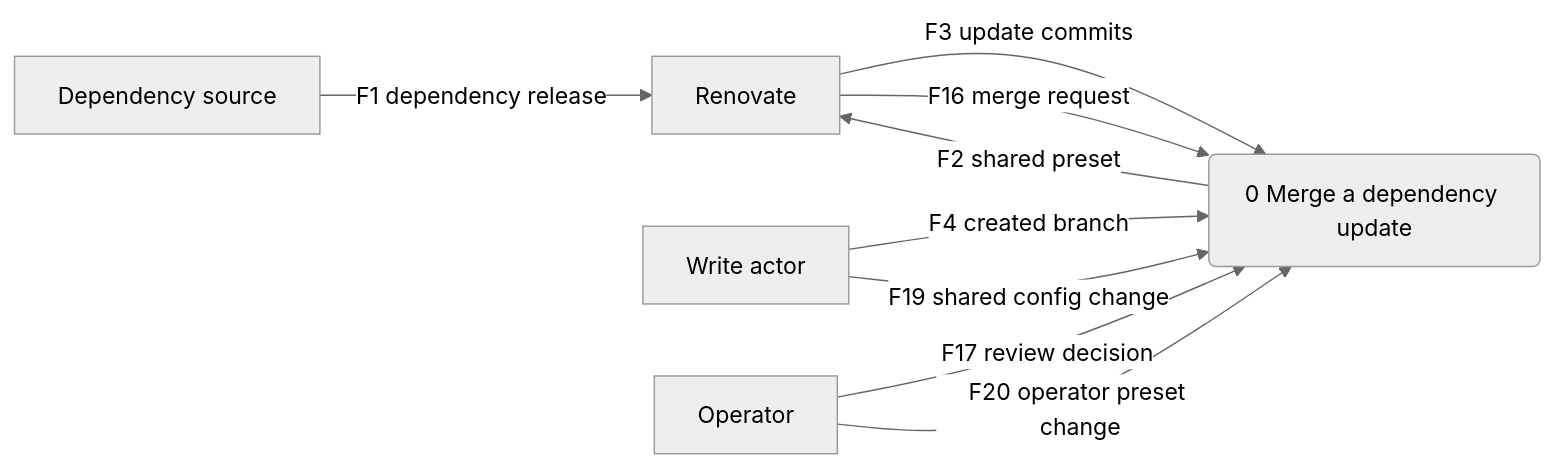
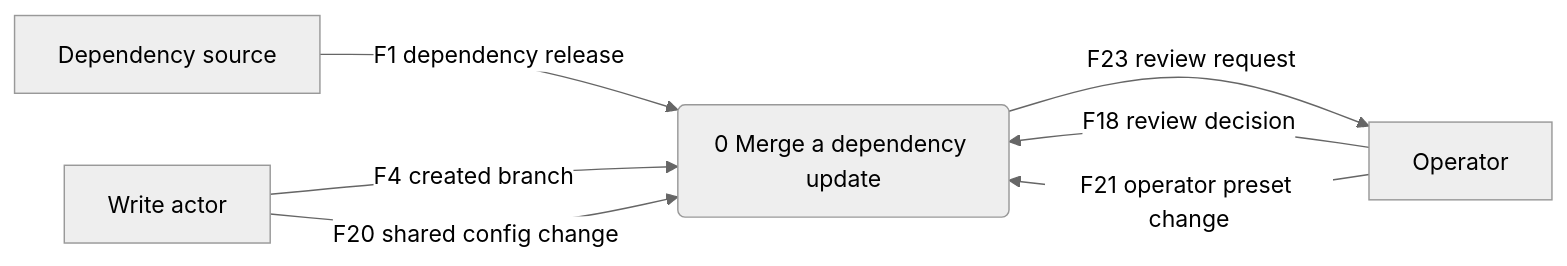
One commit to alunduil/alunduil-infrastructure changed the first of 2 diagrams in docs/explanation/renovate-data-flow.md. Above: the diagram before and after it, drawn with Mermaid (neutral theme). The commit also changed other lines of this file and 3 other files, not shown here.

````diff
--- a/docs/explanation/renovate-data-flow.md
+++ b/docs/explanation/renovate-data-flow.md
@@ -39,17 +40,14 @@
 ```mermaid
 flowchart LR
   source["Dependency source"]
-  renovate["Renovate"]
   writer["Write actor"]
   operator["Operator"]
   system("0 Merge a dependency update")
 
-  source -->|"F1 dependency release"| renovate
-  system -->|"F2 shared preset"| renovate
-  renovate -->|"F3 update commits"| system
+  source -->|"F1 dependency release"| system
   writer -->|"F4 created branch"| system
-  renovate -->|"F16 merge request"| system
-  operator -->|"F17 review decision"| system
-  writer -->|"F19 shared config change"| system
-  operator -->|"F20 operator preset change"| system
+  operator -->|"F18 review decision"| system
+  writer -->|"F20 shared config change"| system
+  operator -->|"F21 operator preset change"| system
+  system -->|"F23 review request"| operator
 ```
````
